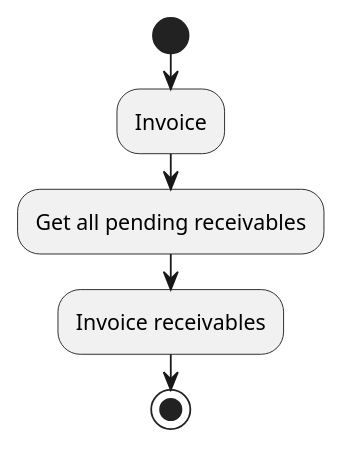
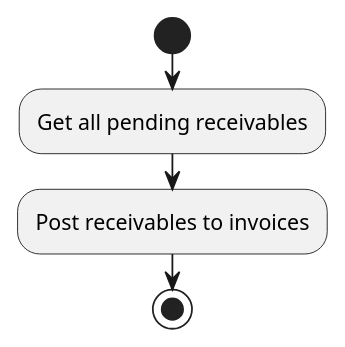
One commit to yesbabylon/symbiose changed the third of 3 diagrams in DOC/developer-manual/sale/actions/receivable.md. Above: the diagram before and after it, drawn with PlantUML. The commit also changed other lines of this file and 9 other files, not shown here.

````diff
--- a/DOC/developer-manual/sale/actions/receivable.md
+++ b/DOC/developer-manual/sale/actions/receivable.md
@@ -44,15 +88,13 @@
 ```puml
 @startuml
 
 start
 
-:Invoice;
-
 :Get all pending receivables;
 
-:Invoice receivables;
+:Post receivables to invoices;
 
 stop
 
 @enduml
 ```
````
